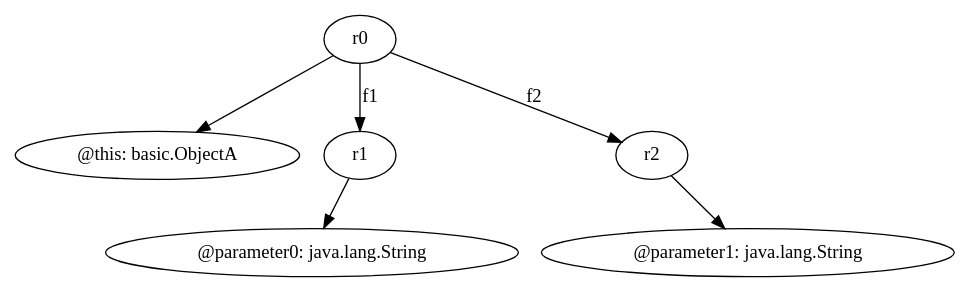
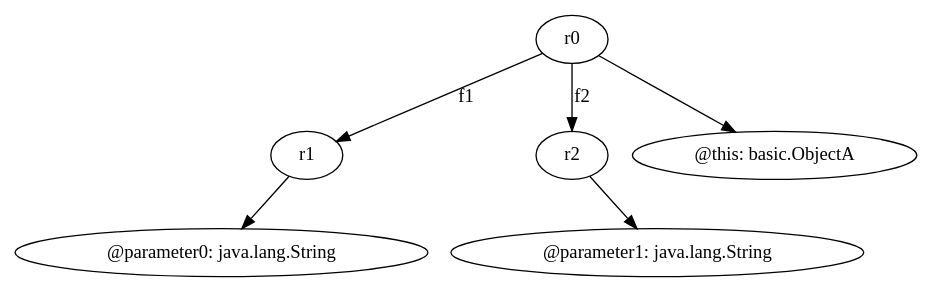
Before and after one commit to SeanCoek/zString: the diagram in relation/<basic.ObjectA: void <init>(java.lang.String,java.lang.String)>.dot, drawn with Graphviz. The commit also changed 86 other files, not shown here.

```diff
--- a/relation/<basic.ObjectA: void <init>(java.lang.String,java.lang.String)>.dot
+++ b/relation/<basic.ObjectA: void <init>(java.lang.String,java.lang.String)>.dot
@@ -1,13 +1,13 @@
 digraph g {
-0[label="r0"]
-1[label="@this: basic.ObjectA"]
+0[label="r1"]
+1[label="@parameter0: java.lang.String"]
 0->1[label=""]
-2[label="r1"]
-3[label="@parameter0: java.lang.String"]
+2[label="r2"]
+3[label="@parameter1: java.lang.String"]
 2->3[label=""]
-0->2[label="f1"]
-4[label="r2"]
-0->4[label="f2"]
-5[label="@parameter1: java.lang.String"]
+4[label="r0"]
+4->2[label="f2"]
+4->0[label="f1"]
+5[label="@this: basic.ObjectA"]
 4->5[label=""]
 }
```
